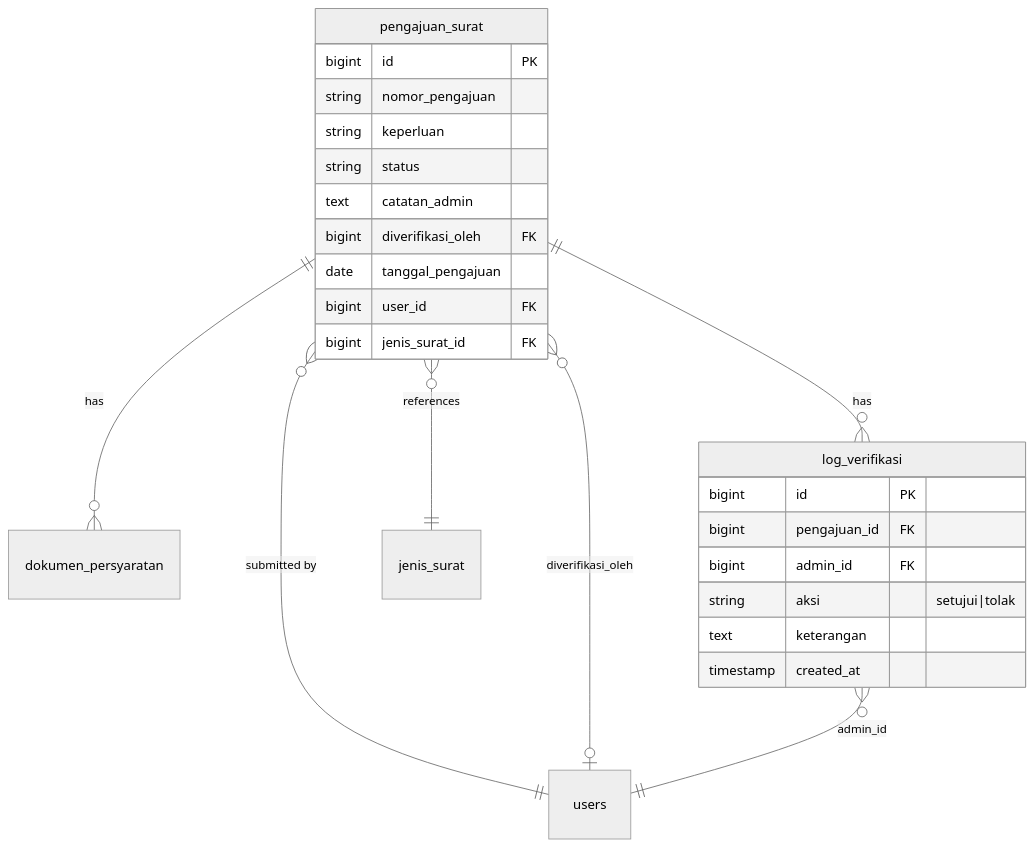
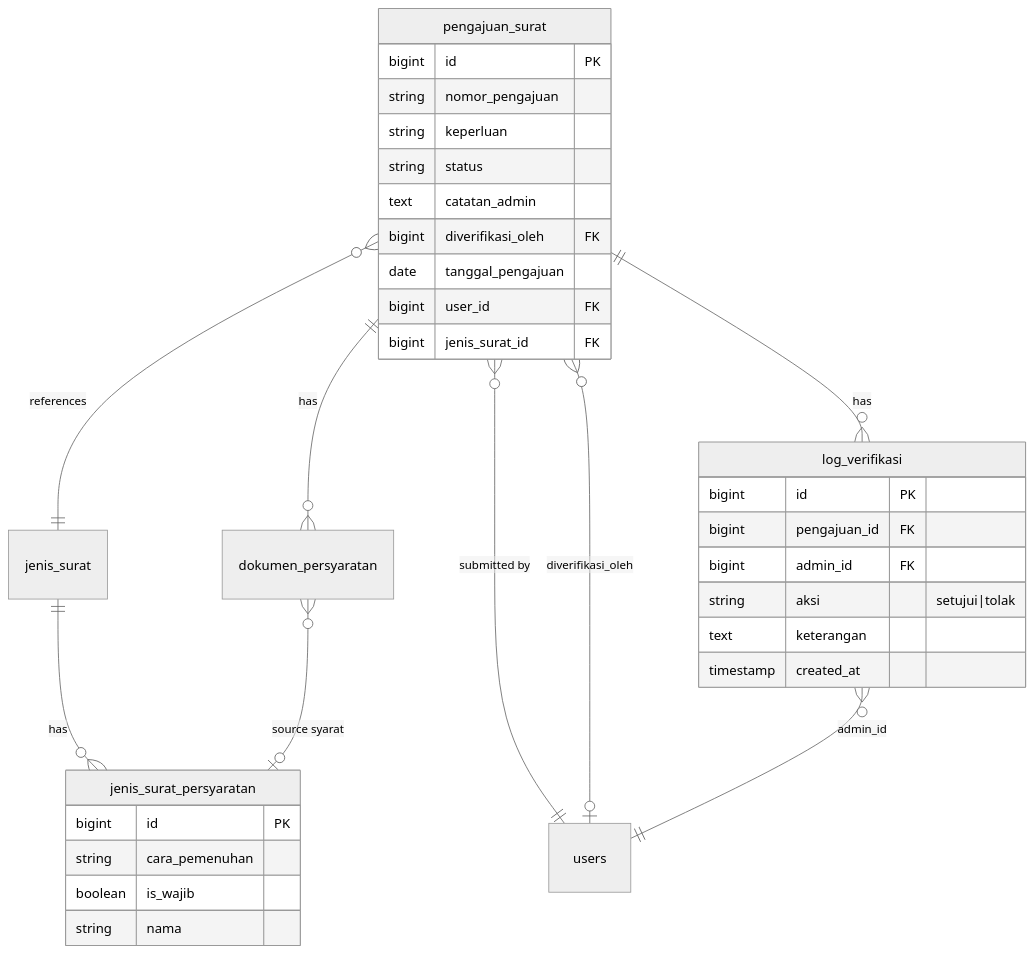
One commit to ZulfikarHD/sistem-desa changed the second of 2 diagrams in docs/dev-docs/features/verifikasi-pengajuan.md. Above: the diagram before and after it, drawn with Mermaid (neutral theme). The commit also changed other lines of this file and 23 other files, not shown here.

First line of the commit message:
feat(persyaratan): tampilkan badge syarat publik dan checklist fisik verifikasi

````diff
--- a/docs/dev-docs/features/verifikasi-pengajuan.md
+++ b/docs/dev-docs/features/verifikasi-pengajuan.md
@@ -33,28 +36,36 @@
 ```mermaid
 erDiagram
     pengajuan_surat ||--o{ dokumen_persyaratan : has
     pengajuan_surat ||--o{ log_verifikasi : has
     pengajuan_surat }o--|| users : "submitted by"
     pengajuan_surat }o--o| users : "diverifikasi_oleh"
     pengajuan_surat }o--|| jenis_surat : references
+    jenis_surat ||--o{ jenis_surat_persyaratan : has
+    dokumen_persyaratan }o--o| jenis_surat_persyaratan : "source syarat"
     log_verifikasi }o--|| users : "admin_id"
     pengajuan_surat {
         bigint id PK
         string nomor_pengajuan
         string keperluan
         string status
         text catatan_admin
         bigint diverifikasi_oleh FK
         date tanggal_pengajuan
         bigint user_id FK
         bigint jenis_surat_id FK
     }
+    jenis_surat_persyaratan {
+        bigint id PK
+        string cara_pemenuhan
+        boolean is_wajib
+        string nama
+    }
     log_verifikasi {
         bigint id PK
         bigint pengajuan_id FK
         bigint admin_id FK
         string aksi "setujui|tolak"
         text keterangan
         timestamp created_at
     }
 ```
````
